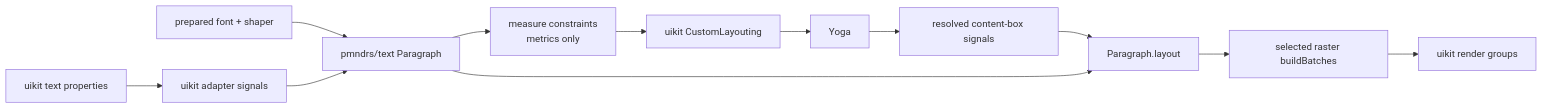
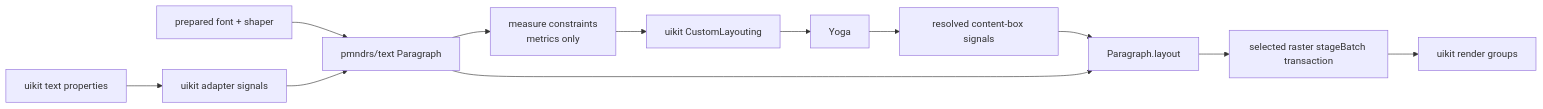
One commit to alvarosabu/glyph changed the second of 2 diagrams in docs/planning/uikit-integration.md. Above: the diagram before and after it, drawn with Mermaid. The commit also changed 25 other files, not shown here.

````diff
--- a/docs/planning/uikit-integration.md
+++ b/docs/planning/uikit-integration.md
@@ -89,13 +89,13 @@
 ```mermaid
 flowchart LR
   Props["uikit text properties"] --> Adapter["uikit adapter signals"]
   Ready["prepared font + shaper"] --> Paragraph["pmndrs/text Paragraph"]
   Adapter --> Paragraph
   Paragraph --> Measure["measure constraints<br/>metrics only"]
   Measure --> Custom["uikit CustomLayouting"] --> Yoga
   Yoga --> ContentBox["resolved content-box signals"]
   ContentBox --> Layout["Paragraph.layout"]
   Paragraph --> Layout
-  Layout --> Batches["selected raster buildBatches"]
+  Layout --> Batches["selected raster stageBatch transaction"]
   Batches --> uikitRoot["uikit render groups"]
 ```
````
